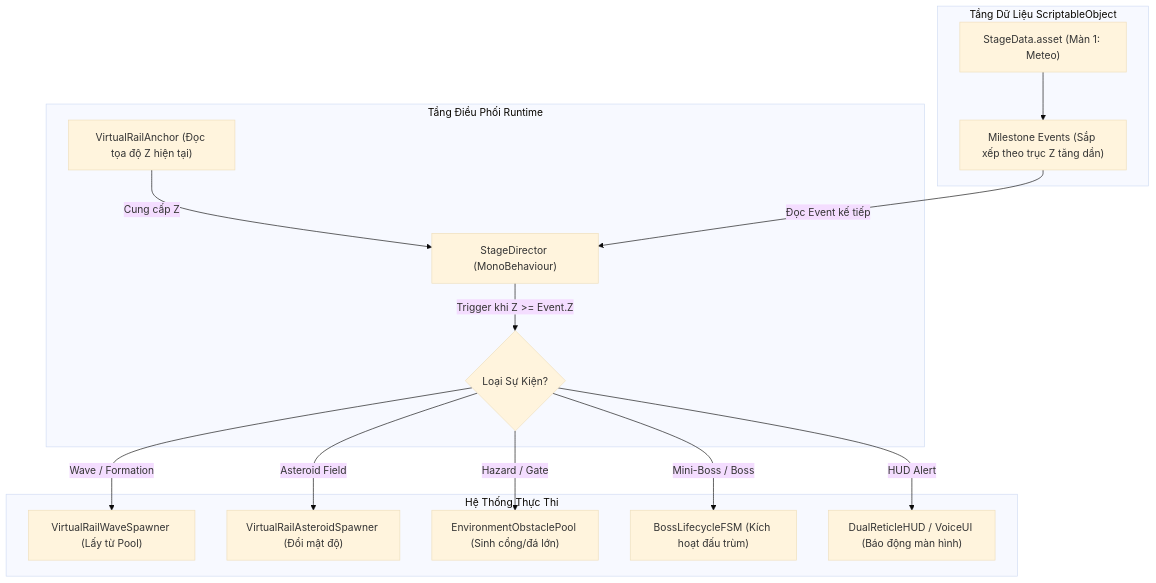
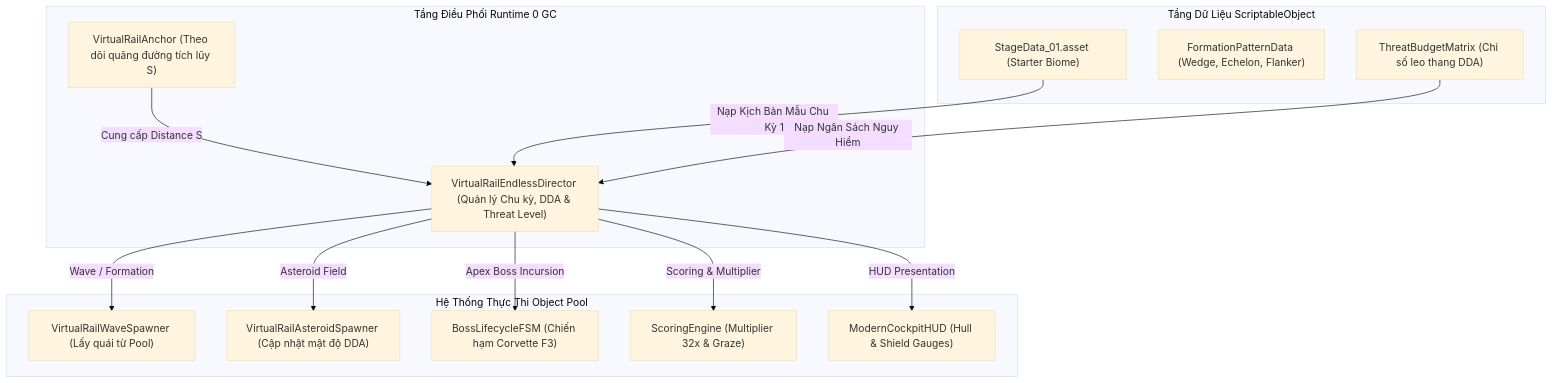
Before and after one commit to longkepro/3D-space-shooter: the second of 3 diagrams in LEVEL_DESIGN_SPECIFICATION.md, drawn with Mermaid (base theme). The commit also changed other lines of this file and 114 other files, not shown here.

Commit message:
feat(dda): complete endless dda escalation logic and bullet speed hook

````diff
--- a/LEVEL_DESIGN_SPECIFICATION.md
+++ b/LEVEL_DESIGN_SPECIFICATION.md
@@ -90,23 +97,24 @@
 ```mermaid
 flowchart TD
     subgraph Data Layer [Tầng Dữ Liệu ScriptableObject]
-        A["StageData.asset (Màn 1: Meteo)"]
-        A --> B["Milestone Events (Sắp xếp theo trục Z tăng dần)"]
+        A["StageData_01.asset (Starter Biome)"]
+        B["FormationPatternData (Wedge, Echelon, Flanker)"]
+        C["ThreatBudgetMatrix (Chỉ số leo thang DDA)"]
     end
 
-    subgraph Runtime Director [Tầng Điều Phối Runtime]
-        C["StageDirector (MonoBehaviour)"]
-        D["VirtualRailAnchor (Đọc tọa độ Z hiện tại)"]
-        D -->|Cung cấp Z| C
-        B -->|Đọc Event kế tiếp| C
-        C -->|Trigger khi Z >= Event.Z| E{"Loại Sự Kiện?"}
+    subgraph Runtime Director [Tầng Điều Phối Runtime 0 GC]
+        D["VirtualRailEndlessDirector (Quản lý Chu kỳ, DDA & Threat Level)"]
+        E["VirtualRailAnchor (Theo dõi quãng đường tích lũy S)"]
+        E -->|Cung cấp Distance S| D
+        A -->|Nạp Kịch Bản Mẫu Chu Kỳ 1| D
+        C -->|Nạp Ngân Sách Nguy Hiểm| D
     end
 
-    subgraph Execution Systems [Hệ Thống Thực Thi]
-        E -->|Wave / Formation| F["VirtualRailWaveSpawner (Lấy từ Pool)"]
-        E -->|Asteroid Field| G["VirtualRailAsteroidSpawner (Đổi mật độ)"]
-        E -->|Hazard / Gate| H["EnvironmentObstaclePool (Sinh cổng/đá lớn)"]
-        E -->|Mini-Boss / Boss| I["BossLifecycleFSM (Kích hoạt đấu trùm)"]
-        E -->|HUD Alert| J["DualReticleHUD / VoiceUI (Báo động màn hình)"]
+    subgraph Execution Systems [Hệ Thống Thực Thi Object Pool]
+        D -->|Wave / Formation| F["VirtualRailWaveSpawner (Lấy quái từ Pool)"]
+        D -->|Asteroid Field| G["VirtualRailAsteroidSpawner (Cập nhật mật độ DDA)"]
+        D -->|Apex Boss Incursion| H["BossLifecycleFSM (Chiến hạm Corvette F3)"]
+        D -->|Scoring & Multiplier| I["ScoringEngine (Multiplier 32x & Graze)"]
+        D -->|HUD Presentation| J["ModernCockpitHUD (Hull & Shield Gauges)"]
     end
 ```
````
